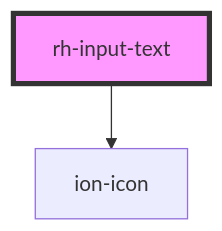
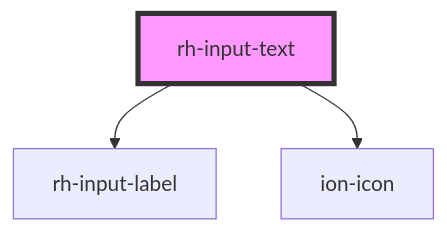
The diagram in src/components/input-text/readme.md (BrunoAST/rh-core-ui), drawn with Mermaid before and after one commit. The commit also changed other lines of this file and 3 other files, not shown here.

Commit message:
refactor: add input-label component

````diff
--- a/src/components/input-text/readme.md
+++ b/src/components/input-text/readme.md
@@ -35,5 +36,6 @@
 ```mermaid
 graph TD;
+  rh-input-text --> rh-input-label
   rh-input-text --> ion-icon
   style rh-input-text fill:#f9f,stroke:#333,stroke-width:4px
 ```
````
